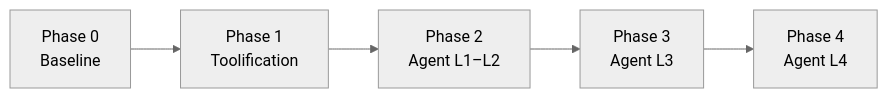
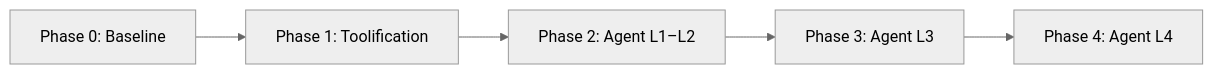
Before and after one commit to acrajesh/agentic-pipeline-orchestrator: the third of 3 diagrams in WHITEPAPER_Agentic_Orchestrator.md, drawn with Mermaid (neutral theme). The commit also changed other lines of this file and 2 other files, not shown here.

````diff
--- a/WHITEPAPER_Agentic_Orchestrator.md
+++ b/WHITEPAPER_Agentic_Orchestrator.md
@@ -345,7 +185,7 @@
 ```mermaid
-graph LR
-    P0["Phase 0<br/>Baseline"] --> P1["Phase 1<br/>Toolification"]
-    P1 --> P2["Phase 2<br/>Agent L1–L2"]
-    P2 --> P3["Phase 3<br/>Agent L3"]
-    P3 --> P4["Phase 4<br/>Agent L4"]
+flowchart LR
+    P0[Phase 0: Baseline] --> P1[Phase 1: Toolification]
+    P1 --> P2[Phase 2: Agent L1–L2]
+    P2 --> P3[Phase 3: Agent L3]
+    P3 --> P4[Phase 4: Agent L4]
 ```
````
